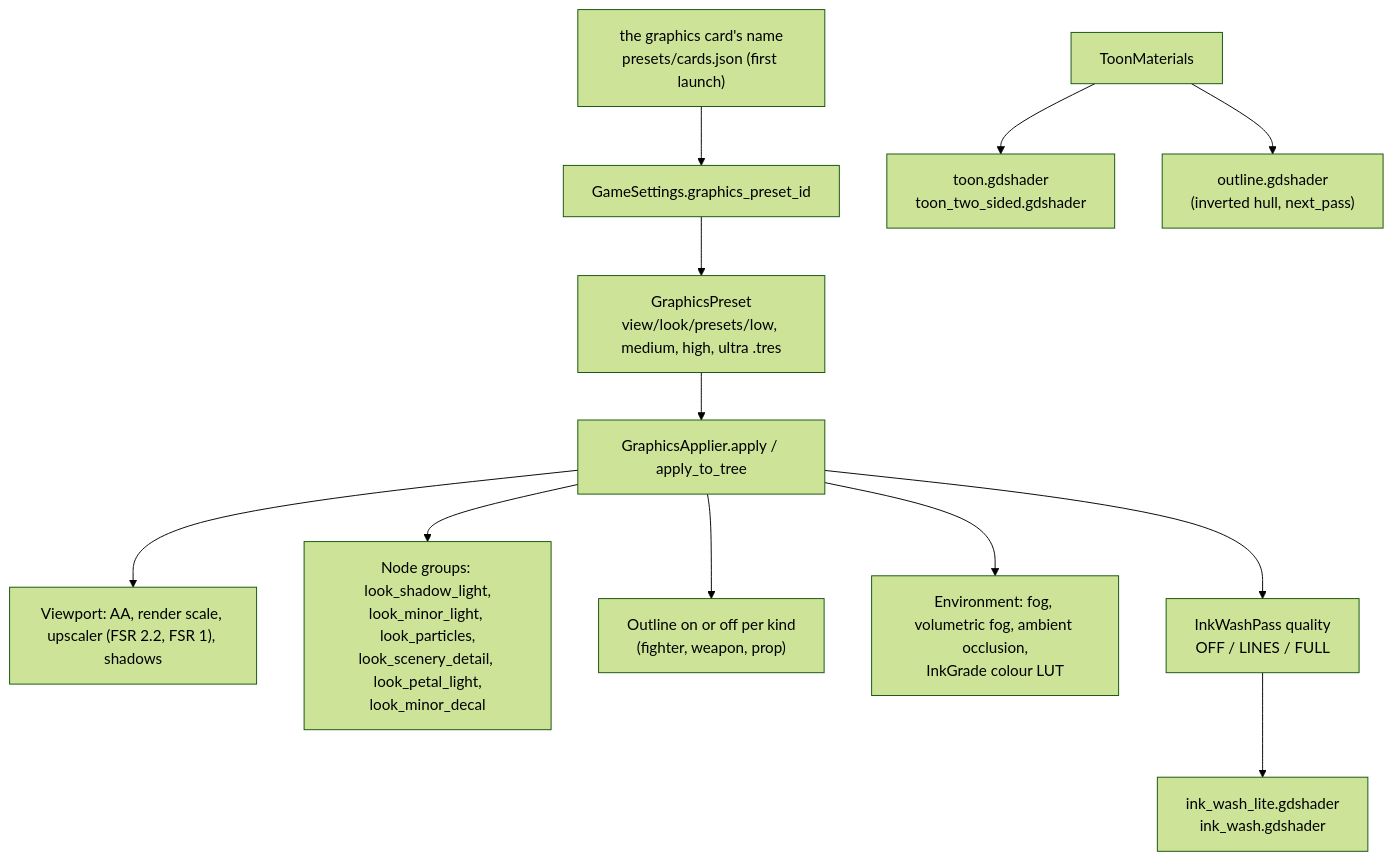
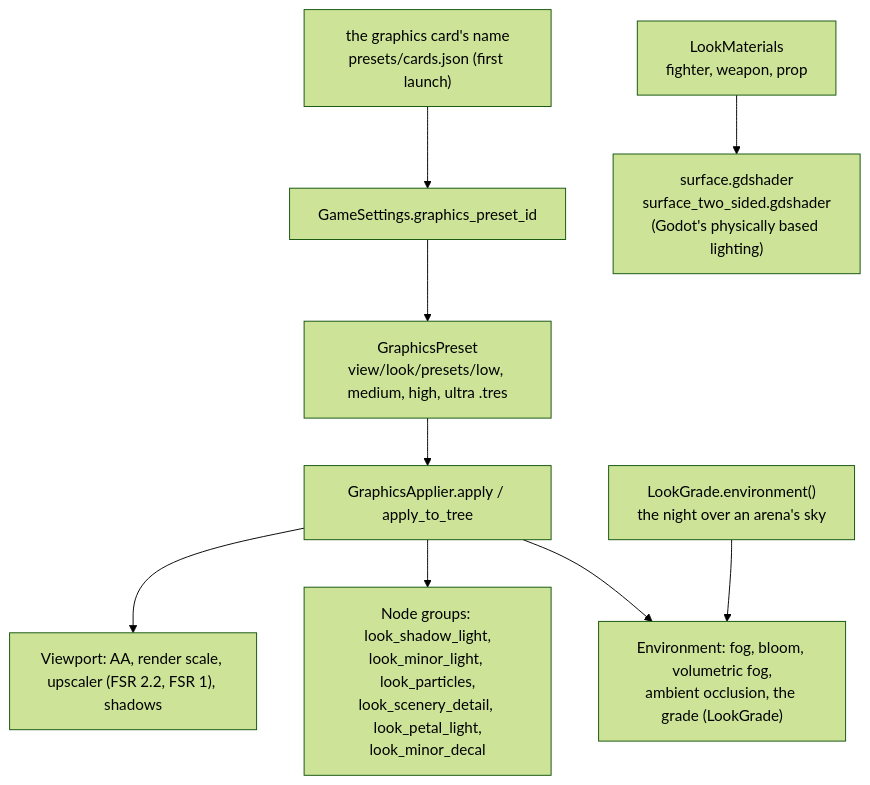
Diagram 15 of 22 in docs/architecture.md (Arod231/monomachia), drawn with Mermaid (forest theme) before and after one commit. The commit also changed other lines of this file and 106 other files, not shown here.

First line of the commit message:
Replace the toon look with physically based materials and the grade (M1 task 43)

````diff
--- a/docs/architecture.md
+++ b/docs/architecture.md
@@ -787,15 +786,12 @@
 ```mermaid
 flowchart TD
     CARD["the graphics card's name<br/>presets/cards.json (first launch)"] --> GSET
     GSET["GameSettings.graphics_preset_id"] --> PRESET["GraphicsPreset<br/>view/look/presets/low, medium, high, ultra .tres"]
     PRESET --> APP["GraphicsApplier.apply / apply_to_tree"]
     APP --> VP["Viewport: AA, render scale, upscaler (FSR 2.2, FSR 1), shadows"]
     APP --> GROUPS["Node groups: look_shadow_light,<br/>look_minor_light, look_particles,<br/>look_scenery_detail, look_petal_light,<br/>look_minor_decal"]
-    APP --> OUTL["Outline on or off per kind<br/>(fighter, weapon, prop)"]
-    APP --> ENV["Environment: fog, volumetric fog, ambient occlusion,<br/>InkGrade colour LUT"]
-    APP --> INK["InkWashPass quality<br/>OFF / LINES / FULL"]
+    APP --> ENV["Environment: fog, bloom, volumetric fog,<br/>ambient occlusion, the grade (LookGrade)"]
 
-    TM["ToonMaterials"] --> TOON["toon.gdshader<br/>toon_two_sided.gdshader"]
-    TM --> OUT["outline.gdshader<br/>(inverted hull, next_pass)"]
-    INK --> IW["ink_wash_lite.gdshader<br/>ink_wash.gdshader"]
+    LM["LookMaterials<br/>fighter, weapon, prop"] --> SURF["surface.gdshader<br/>surface_two_sided.gdshader<br/>(Godot's physically based lighting)"]
+    LG["LookGrade.environment()<br/>the night over an arena's sky"] --> ENV
 ```
````
